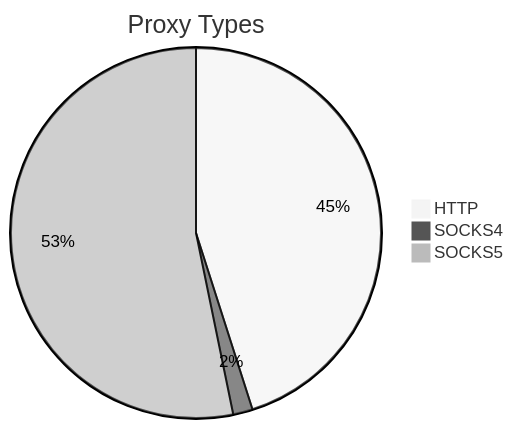
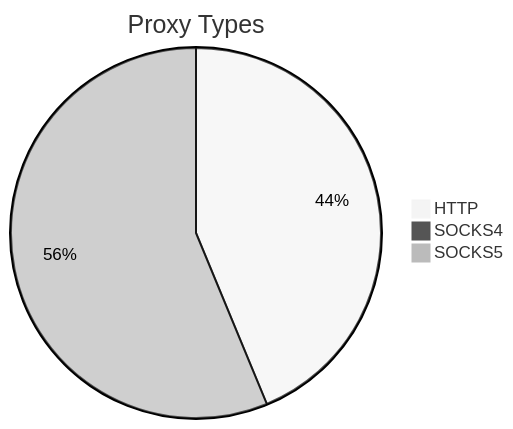
One commit to stormsia/proxy-list changed the first of 2 diagrams in README.md. Above: the diagram before and after it, drawn with Mermaid (neutral theme). The commit also changed other lines of this file, not shown here.

````diff
--- a/README.md
+++ b/README.md
@@ -21,6 +21,6 @@
 ```mermaid
 pie title Proxy Types
-    "HTTP" : 713
-    "SOCKS4" : 27
-    "SOCKS5" : 842
+    "HTTP" : 476
+    "SOCKS4" : 5
+    "SOCKS5" : 612
 ```
````
